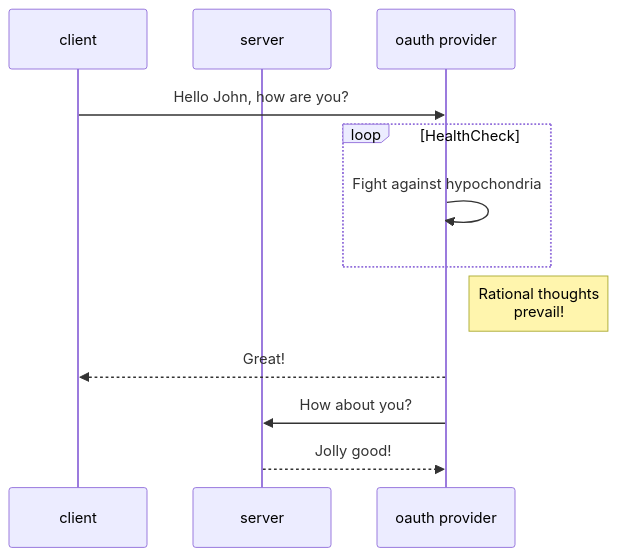
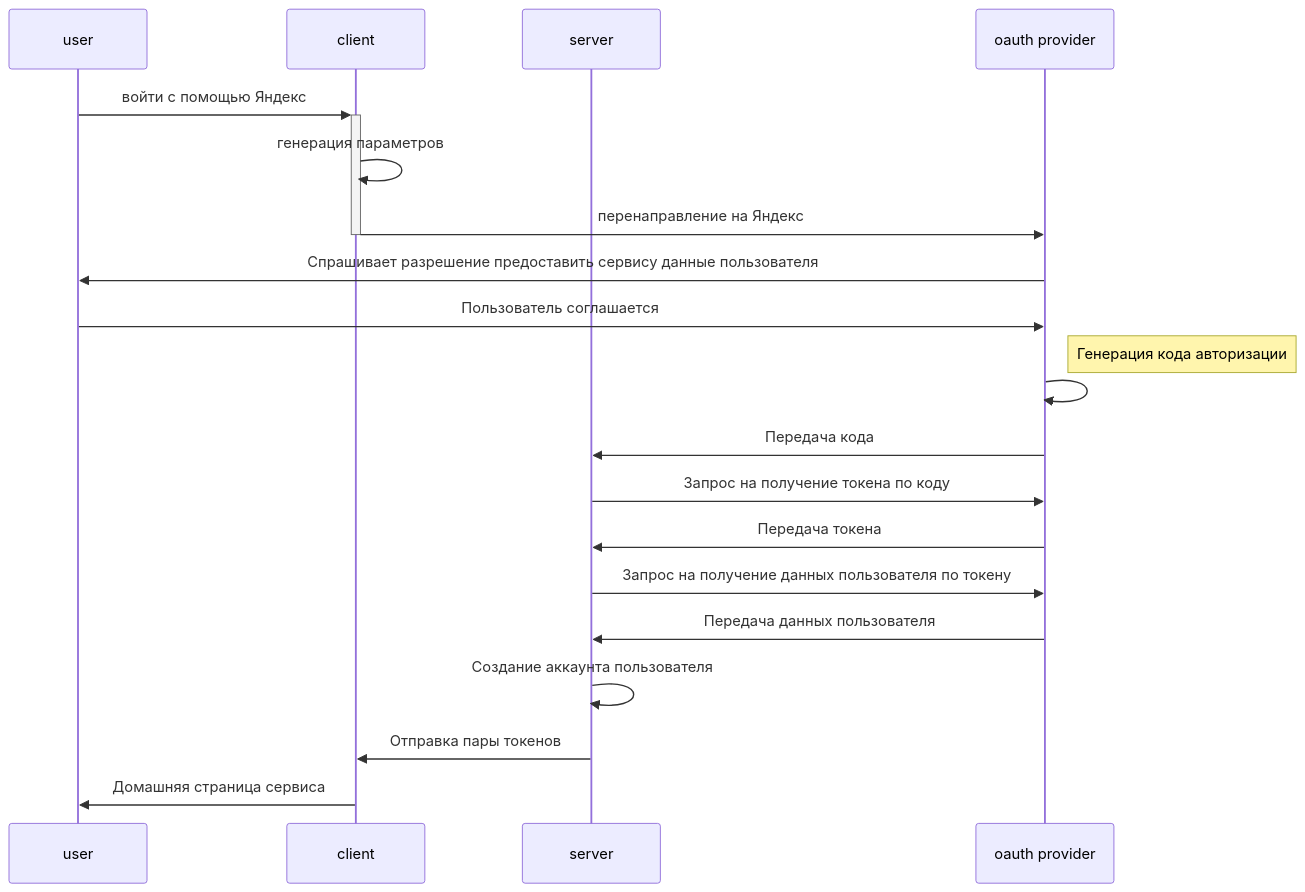
The diagram in README.md (Artyom099/auth-service), drawn with Mermaid before and after one commit.

Commit message:
feat(docs): update README with detailed Yandex OAuth flow and sequence diagram

````diff
--- a/README.md
+++ b/README.md
@@ -23,13 +23,26 @@
 ```mermaid
 sequenceDiagram
+  participant user
   participant client
   participant server
-  client->>oauth provider: Hello John, how are you?
-  loop HealthCheck
-    oauth provider->>oauth provider: Fight against hypochondria
-  end
-  Note right of oauth provider: Rational thoughts <br/>prevail!
-  oauth provider-->>client: Great!
-  oauth provider->>server: How about you?
-  server-->>oauth provider: Jolly good!
+  participant oauth provider
+  
+  user->>+client: войти с помощью Яндекс
+  client->>client: генерация параметров
+  client->>-oauth provider: перенаправление на Яндекс
+  oauth provider->>user: Спрашивает разрешение предоставить сервису данные пользователя
+  user->>oauth provider: Пользователь соглашается
+  
+  Note right of oauth provider: Генерация кода авторизации
+  oauth provider->>oauth provider: 
+  
+  oauth provider->>server: Передача кода
+  server->>oauth provider: Запрос на получение токена по коду
+  oauth provider->>server: Передача токена
+  server->>oauth provider: Запрос на получение данных пользователя по токену
+  oauth provider->>server: Передача данных пользователя
+
+  server->>server: Создание аккаунта пользователя
+  server->>client: Отправка пары токенов
+  client->>user: Домашняя страница сервиса
 ```
````
